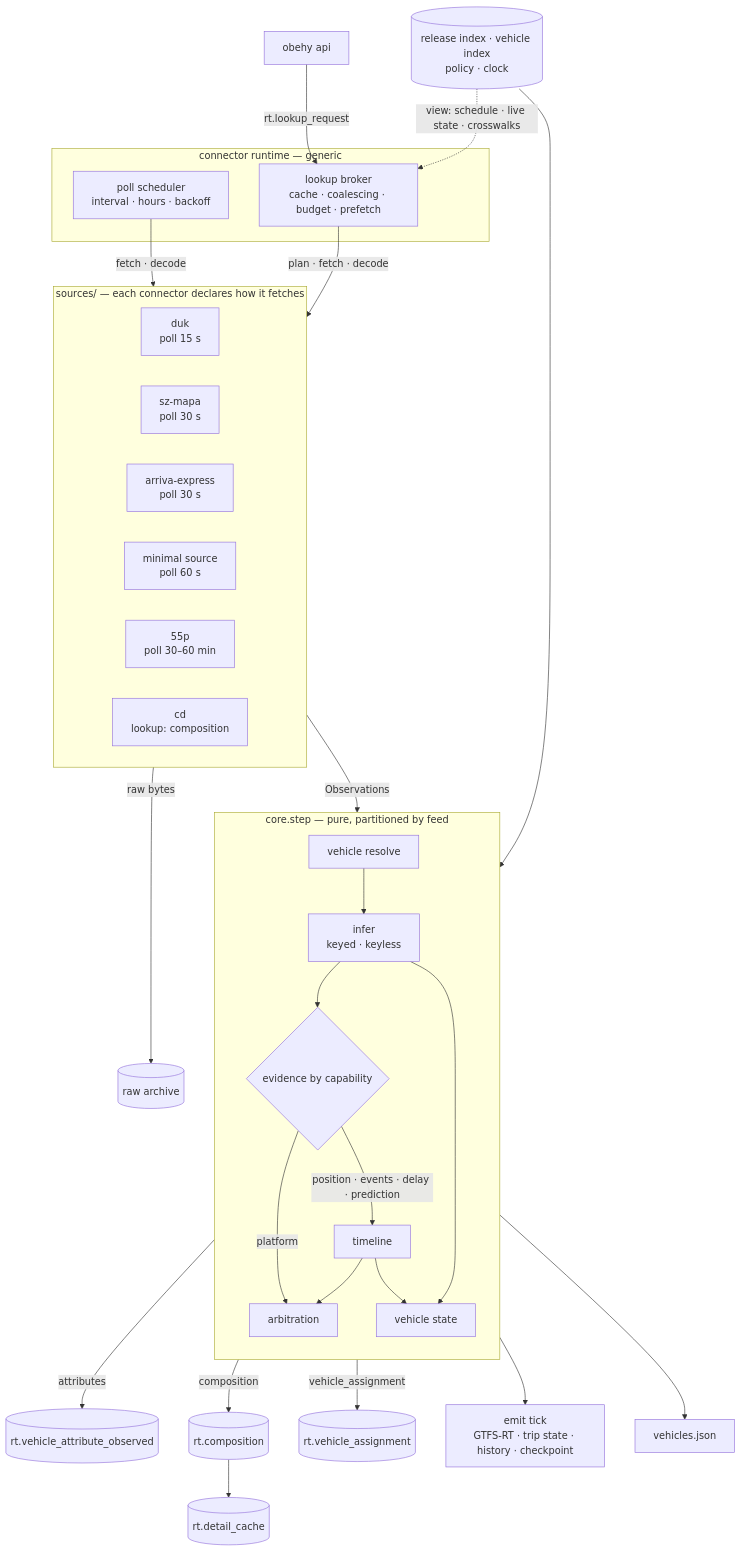
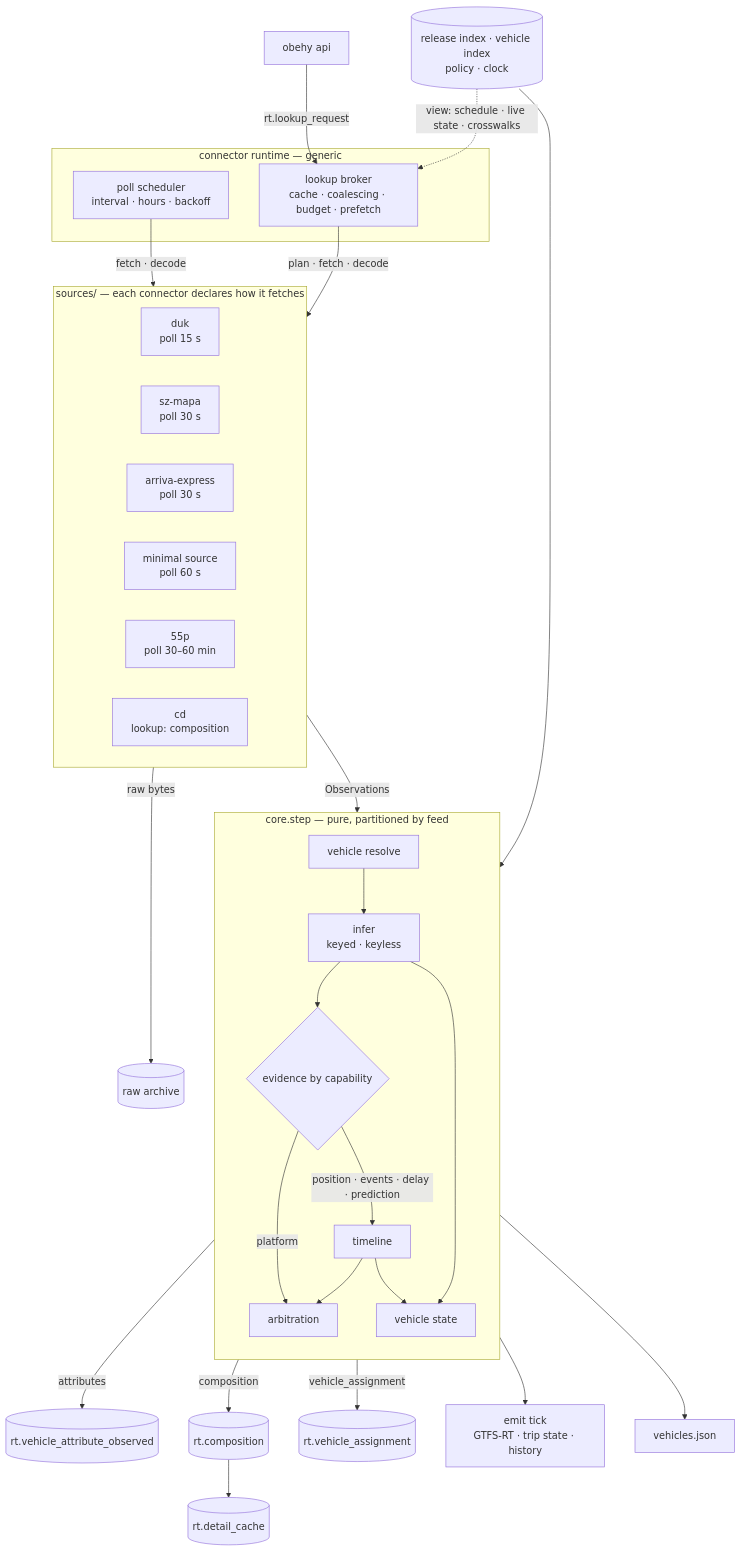
One commit to Sap1k/obehy changed the second of 5 diagrams in ARCHITECTURE.md. Above: the diagram before and after it, drawn with Mermaid. The commit also changed 5 other files, not shown here.

````diff
--- a/ARCHITECTURE.md
+++ b/ARCHITECTURE.md
@@ -162,41 +162,41 @@
 ```mermaid
 flowchart TB
   subgraph CONN["sources/ — each connector declares how it fetches"]
     direction LR
     duk["duk<br/>poll 15 s"]
     sz["sz-mapa<br/>poll 30 s"]
     arr["arriva-express<br/>poll 30 s"]
     mini["minimal source<br/>poll 60 s"]
     p55["55p<br/>poll 30–60 min"]
     cd["cd<br/>lookup: composition"]
   end
   subgraph RUN["connector runtime — generic"]
     sched["poll scheduler<br/>interval · hours · backoff"]
     broker["lookup broker<br/>cache · coalescing · budget · prefetch"]
   end
   api["obehy api"] -->|"rt.lookup_request"| broker
   sched -->|"fetch · decode"| CONN
   broker -->|"plan · fetch · decode"| CONN
   ctx -.->|"view: schedule · live state · crosswalks"| broker
   CONN -->|raw bytes| raw[("raw archive")]
   CONN -->|Observations| vres
 
   subgraph CORE["core.step — pure, partitioned by feed"]
     direction TB
     vres["vehicle resolve"] --> inf["infer<br/>keyed · keyless"]
     inf --> split{"evidence by capability"}
     split -->|"position · events · delay · prediction"| tl["timeline"]
     tl --> arb["arbitration"]
     inf --> vst["vehicle state"]
     tl --> vst
   end
   ctx[("release index · vehicle index<br/>policy · clock")] --> CORE
 
   split -->|attributes| attr[("rt.vehicle_attribute_observed")]
   split -->|composition| comp[("rt.composition")]
   split -->|vehicle_assignment| vas[("rt.vehicle_assignment")]
   split -->|platform| arb
   comp --> dc[("rt.detail_cache")]
-  arb --> emit["emit tick<br/>GTFS-RT · trip state · history · checkpoint"]
+  arb --> emit["emit tick<br/>GTFS-RT · trip state · history"]
   vst --> vjson["vehicles.json"]
 ```
````
